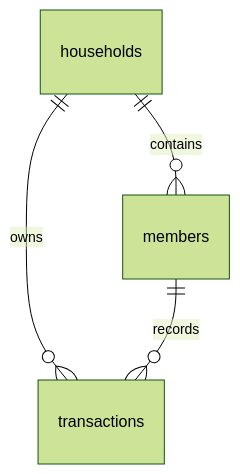
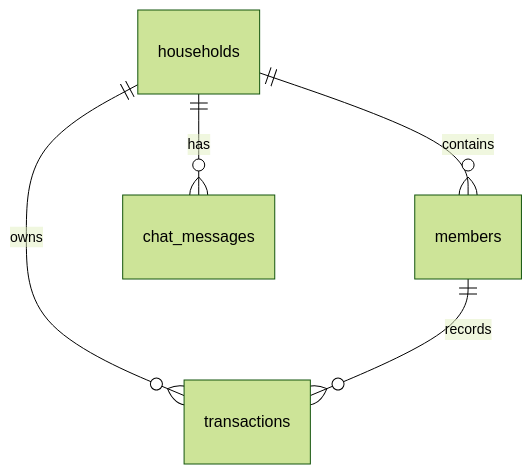
Before and after one commit to xujiongx/money-record: the diagram in docs/database-design.md, drawn with Mermaid (forest theme). The commit also changed other lines of this file and 8 other files, not shown here.

````diff
--- a/docs/database-design.md
+++ b/docs/database-design.md
@@ -15,6 +15,7 @@
 ```mermaid
 erDiagram
   households ||--o{ members : contains
   households ||--o{ transactions : owns
+  households ||--o{ chat_messages : has
   members ||--o{ transactions : records
 ```
````
